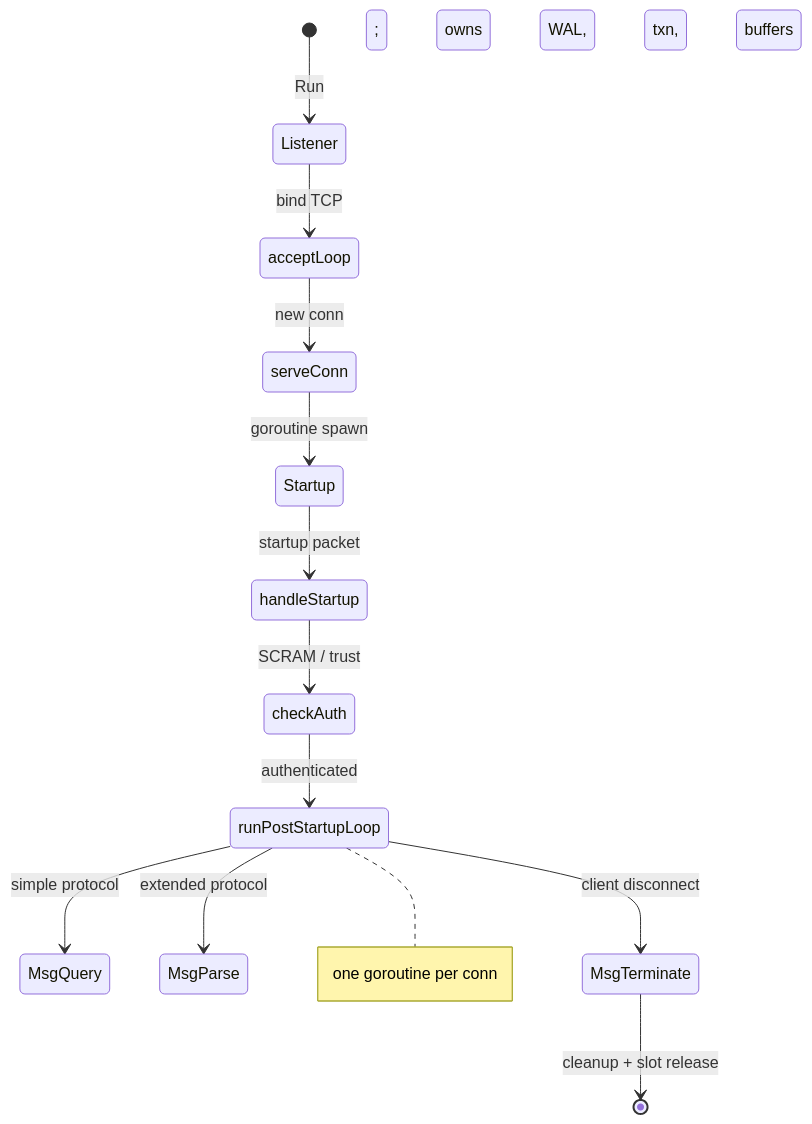
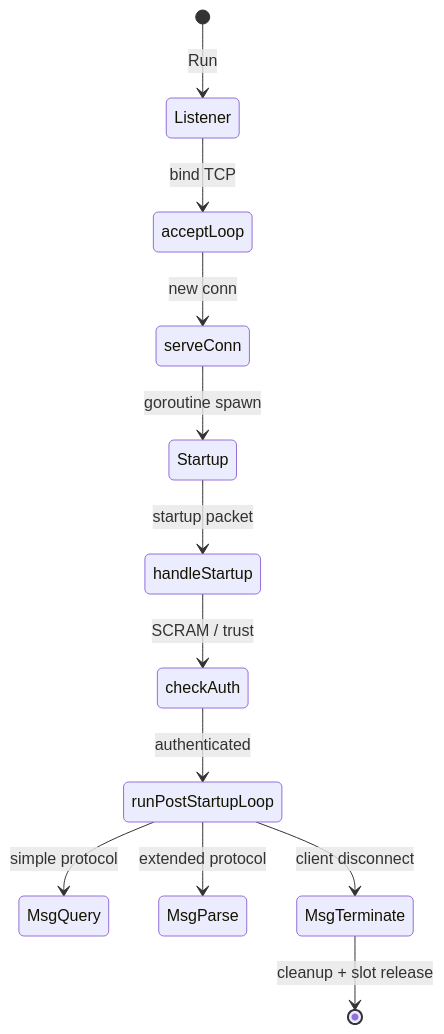
Before and after one commit to ryogrid/goopg: the first of 3 diagrams in docs/wiki/diagrams/postmaster-flow.md, drawn with Mermaid. The commit also changed 26 other files, not shown here.

Commit message:
docs(wiki): fix all 26 mermaid parse errors — 139/139 blocks pass real-browser validation — M-NIGHTLY

````diff
--- a/docs/wiki/diagrams/postmaster-flow.md
+++ b/docs/wiki/diagrams/postmaster-flow.md
@@ -8,15 +8,15 @@
 ```mermaid
 stateDiagram-v2
     [*] --> Listener: Run
     Listener --> acceptLoop: bind TCP
     acceptLoop --> serveConn: new conn
     serveConn --> Startup: goroutine spawn
     Startup --> handleStartup: startup packet
     handleStartup --> checkAuth: SCRAM / trust
     checkAuth --> runPostStartupLoop: authenticated
     runPostStartupLoop --> MsgQuery: simple protocol
     runPostStartupLoop --> MsgParse: extended protocol
     runPostStartupLoop --> MsgTerminate: client disconnect
     MsgTerminate --> [*]: cleanup + slot release
-    note right of runPostStartupLoop: one goroutine per conn; owns WAL, txn, buffers
+    %% note right of runPostStartupLoop: one goroutine per conn; owns WAL, txn, buffers
 ```
````
